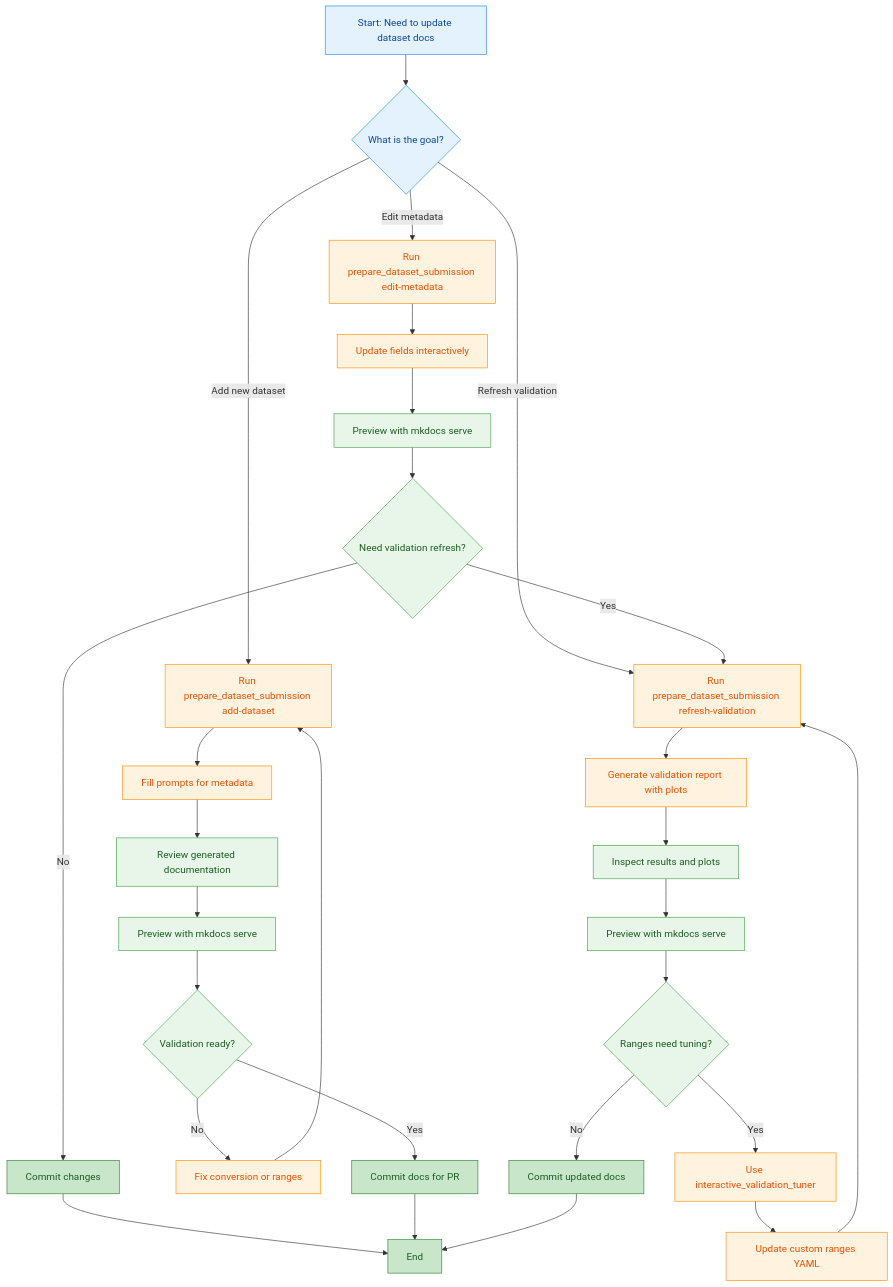
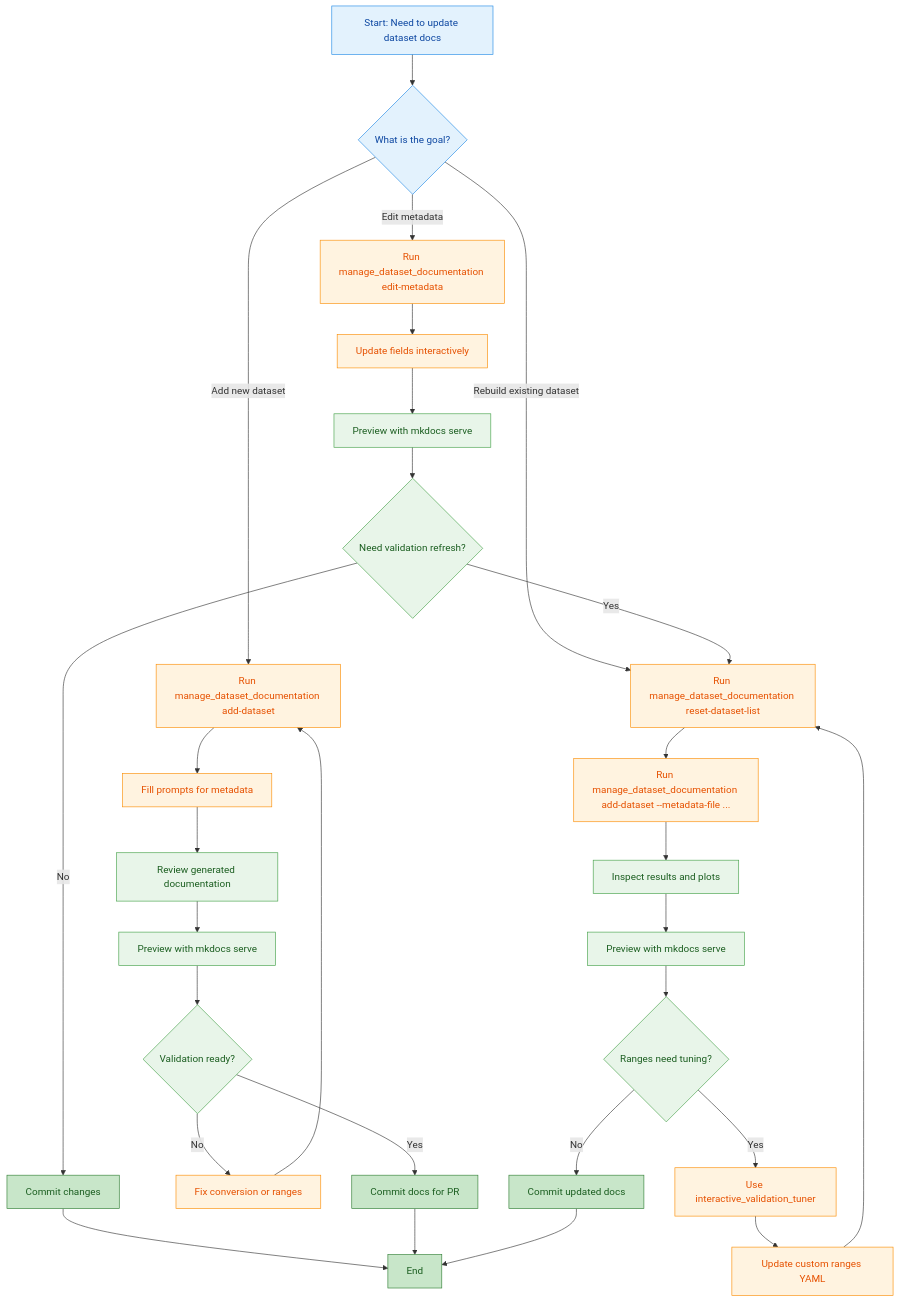
The third of 4 diagrams in docs/contributing/index.md (jmontp/LocoHub), drawn with Mermaid before and after one commit. The commit also changed other lines of this file and 89 other files, not shown here.

Commit message:
Rename dataset documentation CLI and add reset command

````diff
--- a/docs/contributing/index.md
+++ b/docs/contributing/index.md
@@ -456,44 +458,44 @@
 ```mermaid
 graph TD
     A[Start: Need to update dataset docs] --> B{What is the goal?}
-    B -->|Add new dataset| C1[Run prepare_dataset_submission add-dataset]
+    B -->|Add new dataset| C1[Run manage_dataset_documentation add-dataset]
     C1 --> C2[Fill prompts for metadata]
     C2 --> C3[Review generated documentation]
     C3 --> C3a[Preview with mkdocs serve]
     C3a --> C4{Validation ready?}
     C4 -->|Yes| C5[Commit docs for PR]
     C4 -->|No| C6[Fix conversion or ranges]
     C6 --> C1
 
-    B -->|Refresh validation| E1[Run prepare_dataset_submission refresh-validation]
-    E1 --> E2[Generate validation report with plots]
+    B -->|Rebuild existing dataset| E1[Run manage_dataset_documentation reset-dataset-list]
+    E1 --> E2[Run manage_dataset_documentation add-dataset --metadata-file ...]
     E2 --> E3[Inspect results and plots]
     E3 --> E3a[Preview with mkdocs serve]
     E3a --> E4{Ranges need tuning?}
     E4 -->|Yes| E5[Use interactive_validation_tuner]
     E5 --> E6[Update custom ranges YAML]
     E6 --> E1
     E4 -->|No| E7[Commit updated docs]
 
-    B -->|Edit metadata| D1[Run prepare_dataset_submission edit-metadata]
+    B -->|Edit metadata| D1[Run manage_dataset_documentation edit-metadata]
     D1 --> D2[Update fields interactively]
     D2 --> D2a[Preview with mkdocs serve]
     D2a --> D3{Need validation refresh?}
     D3 -->|Yes| E1
     D3 -->|No| D5[Commit changes]
 
     D5 --> G[End]
     C5 --> G
     E7 --> G
 
     classDef intake fill:#e3f2fd,stroke:#1e88e5,color:#0d47a1
     classDef standard fill:#fff3e0,stroke:#fb8c00,color:#e65100
     classDef qa fill:#e8f5e9,stroke:#43a047,color:#1b5e20
     classDef share fill:#c8e6c9,stroke:#2e7d32,color:#1b5e20
 
     class A,B intake
     class C1,C2,C6,D1,D2,E1,E2,E5,E6 standard
     class C3,C3a,D2a,E3,E3a qa
     class C4,D3,E4 qa
     class C5,D5,E7,G share
 ```
````
